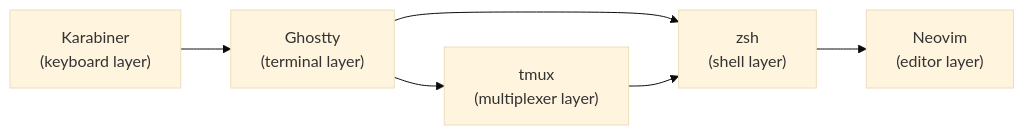
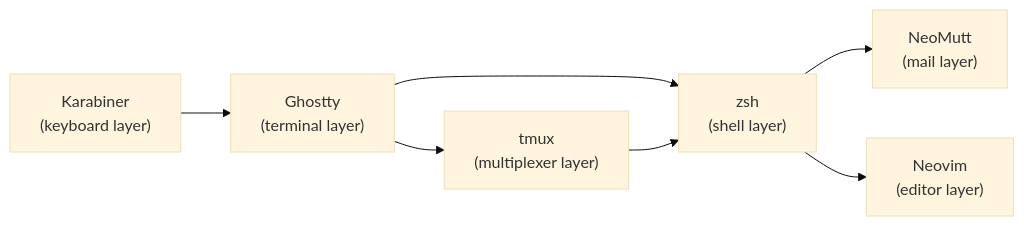
The diagram in docs/shortcuts.md (mbastakis/dotfiles), drawn with Mermaid (base theme) before and after one commit. The commit also changed other lines of this file and 30 other files, not shown here.

````diff
--- a/docs/shortcuts.md
+++ b/docs/shortcuts.md
@@ -7,8 +7,9 @@
 ```mermaid
 flowchart LR
   K["Karabiner<br/>(keyboard layer)"] --> G["Ghostty<br/>(terminal layer)"]
   G --> T["tmux<br/>(multiplexer layer)"]
   G --> Z["zsh<br/>(shell layer)"]
   T --> Z
+  Z --> M["NeoMutt<br/>(mail layer)"]
   Z --> N["Neovim<br/>(editor layer)"]
 ```
````
